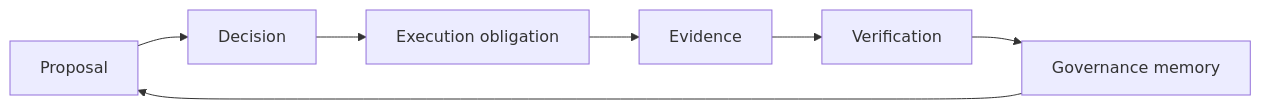
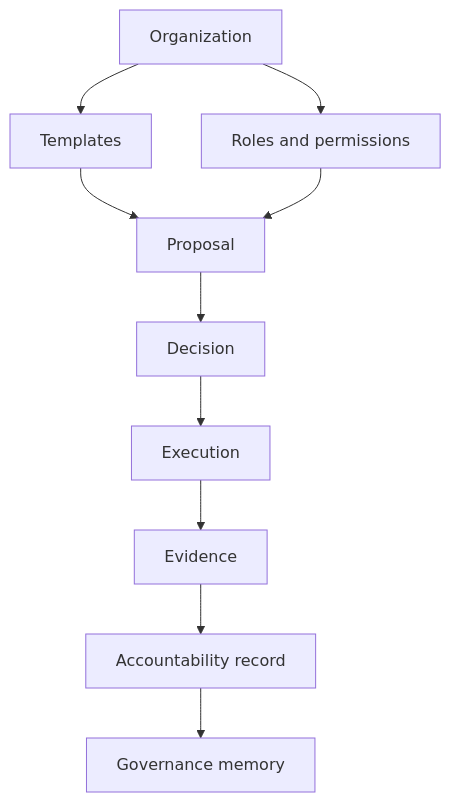
One commit to isoniaos/docs changed the first of 3 diagrams in site/whitepaper.md. Above: the diagram before and after it, drawn with Mermaid. The commit also changed other lines of this file and 43 other files, not shown here.

````diff
--- a/site/whitepaper.md
+++ b/site/whitepaper.md
@@ -42,9 +100,12 @@
 ```mermaid
-flowchart LR
-  A["Proposal"] --> B["Decision"]
-  B --> C["Execution obligation"]
-  C --> D["Evidence"]
-  D --> E["Verification"]
-  E --> F["Governance memory"]
-  F --> A
+flowchart TD
+  Org["Organization"] --> Roles["Roles and permissions"]
+  Org --> Templates["Templates"]
+  Templates --> Proposal["Proposal"]
+  Roles --> Proposal
+  Proposal --> Decision["Decision"]
+  Decision --> Execution["Execution"]
+  Execution --> Evidence["Evidence"]
+  Evidence --> Accountability["Accountability record"]
+  Accountability --> Memory["Governance memory"]
 ```
````
